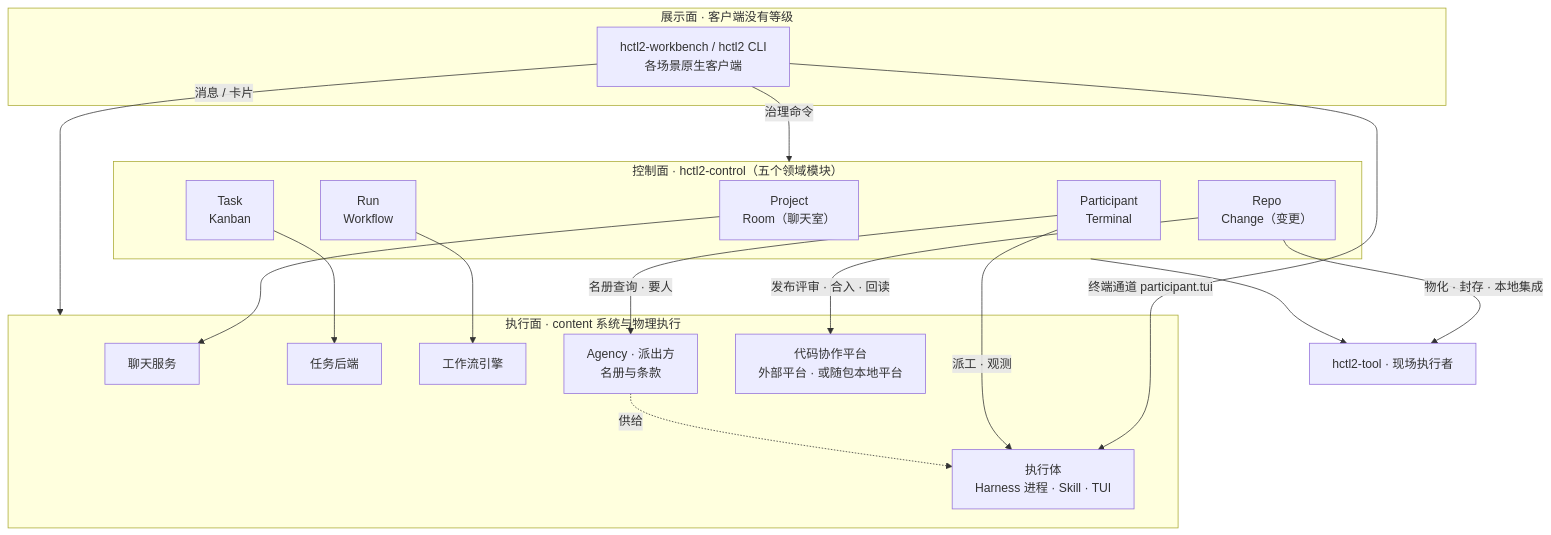
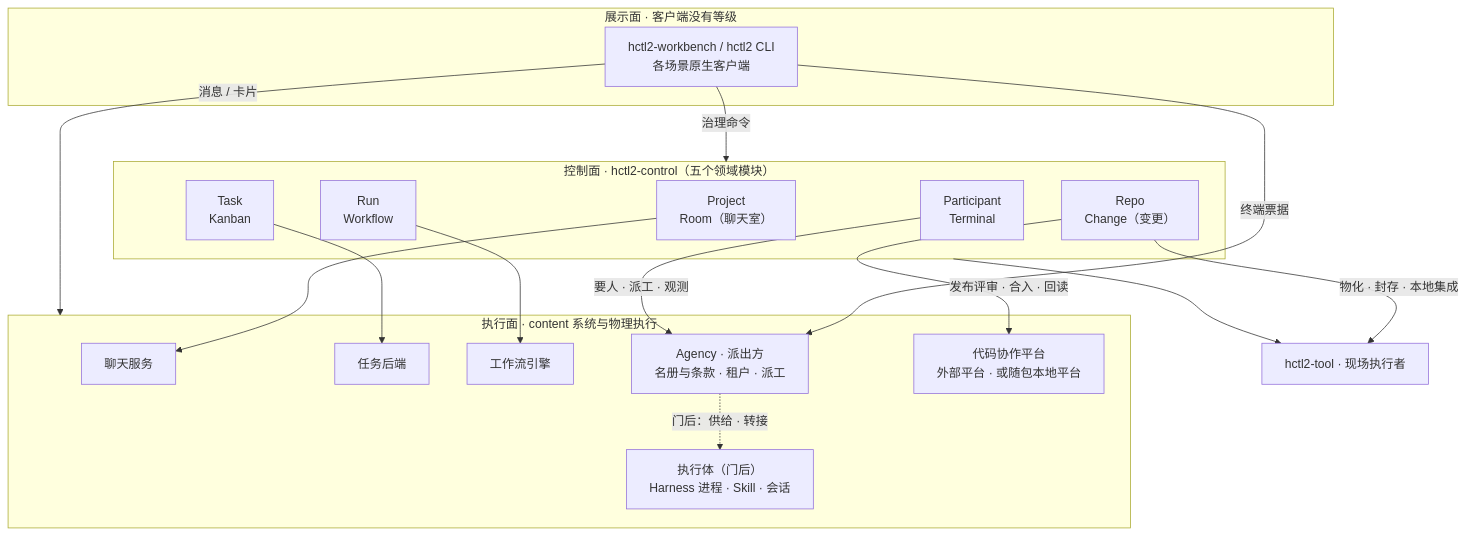
Before and after one commit to yesme/hctl2: the diagram in README.md, drawn with Mermaid. The commit also changed other lines of this file and 40 other files, not shown here.

````diff
--- a/README.md
+++ b/README.md
@@ -23,38 +23,37 @@
 ```mermaid
 flowchart TB
     subgraph Present["展示面 · 客户端没有等级"]
         Clients["hctl2-workbench / hctl2 CLI<br/>各场景原生客户端"]
     end
 
     subgraph Control["控制面 · hctl2-control（五个领域模块）"]
         P["Project<br/>Room（聊天室）"]
         T["Task<br/>Kanban"]
         R["Run<br/>Workflow"]
         A["Participant<br/>Terminal"]
         C["Repo<br/>Change（变更）"]
     end
 
     subgraph Exec["执行面 · content 系统与物理执行"]
         chat_srv["聊天服务"]
         task_backend["任务后端"]
         engine["工作流引擎"]
-        agency["Agency · 派出方<br/>名册与条款"]
-        worker["执行体<br/>Harness 进程 · Skill · TUI"]
+        agency["Agency · 派出方<br/>名册与条款 · 租户 · 派工"]
+        worker["执行体（门后）<br/>Harness 进程 · Skill · 会话"]
         platform["代码协作平台<br/>外部平台 · 或随包本地平台"]
     end
 
     Tool["hctl2-tool · 现场执行者"]
 
     Clients -->|治理命令| Control
     Clients -->|消息 / 卡片| Exec
-    Clients -->|终端通道 participant.tui| worker
+    Clients -->|终端票据| agency
     Control --> Tool
     P --> chat_srv
     T --> task_backend
     R --> engine
-    A -->|名册查询 · 要人| agency
-    A -->|派工 · 观测| worker
-    agency -.->|供给| worker
+    A -->|要人 · 派工 · 观测| agency
+    agency -.->|门后：供给 · 转接| worker
     C -->|发布评审 · 合入 · 回读| platform
     C -->|物化 · 封存 · 本地集成| Tool
 ```
````
